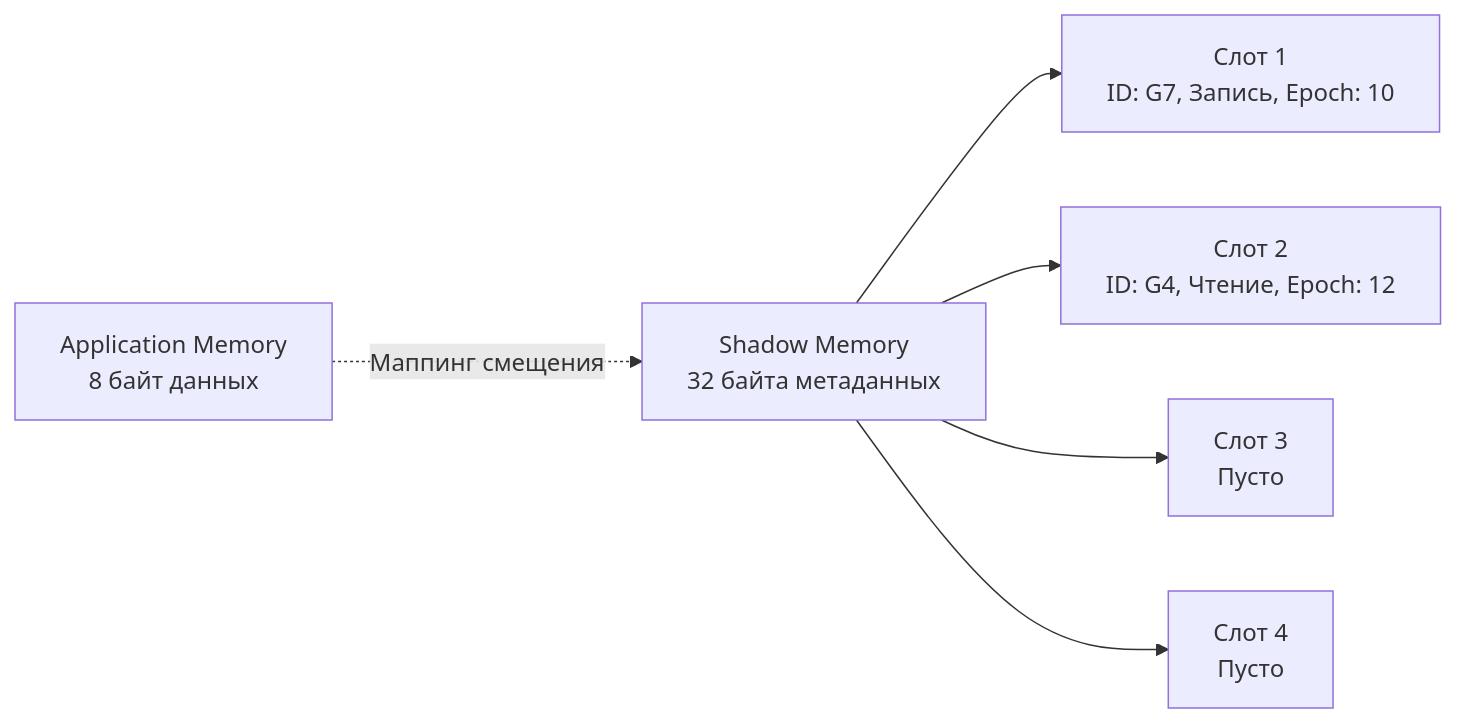
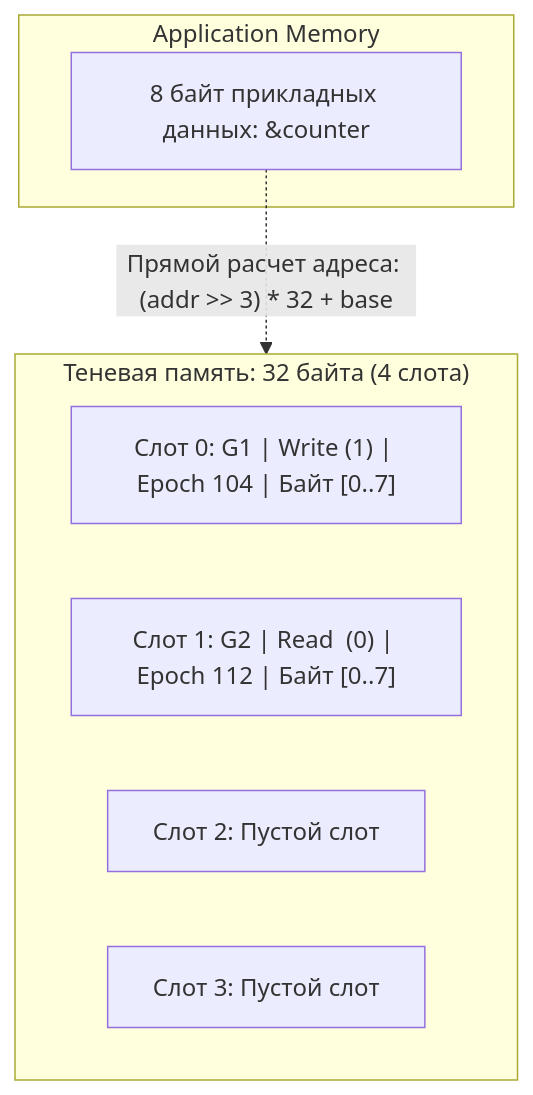
The diagram in sources/15. Тестирование в Go (QA & Testing)/07. Конкурентность/3. go test -race под капотом.md (UnrealTemplier/go-textbook), drawn with Mermaid before and after one commit. The commit also changed other lines of this file, not shown here.

````diff
--- a/sources/15. Тестирование в Go (QA & Testing)/07. Конкурентность/3. go test -race под капотом.md
+++ b/sources/15. Тестирование в Go (QA & Testing)/07. Конкурентность/3. go test -race под капотом.md
@@ -46,8 +73,15 @@
 ```mermaid
-flowchart LR
-    A["Application Memory<br>8 байт данных"] -.->|"Маппинг смещения"| B["Shadow Memory<br>32 байта метаданных"]
-    B --> C["Слот 1<br>ID: G7, Запись, Epoch: 10"]
-    B --> D["Слот 2<br>ID: G4, Чтение, Epoch: 12"]
-    B --> E["Слот 3<br>Пусто"]
-    B --> F["Слот 4<br>Пусто"]
+flowchart TD
+    subgraph AppMem["Application Memory"]
+        Word["8 байт прикладных данных: &counter"]
+    end
+
+    subgraph ShadowSpace["Теневая память: 32 байта (4 слота)"]
+        S0["Слот 0: G1 | Write (1) | Epoch 104 | Байт [0..7]"]
+        S1["Слот 1: G2 | Read  (0) | Epoch 112 | Байт [0..7]"]
+        S2["Слот 2: Пустой слот"]
+        S3["Слот 3: Пустой слот"]
+    end
+
+    Word -.->|"Прямой расчет адреса: (addr >> 3) * 32 + base"| ShadowSpace
 ```
````
